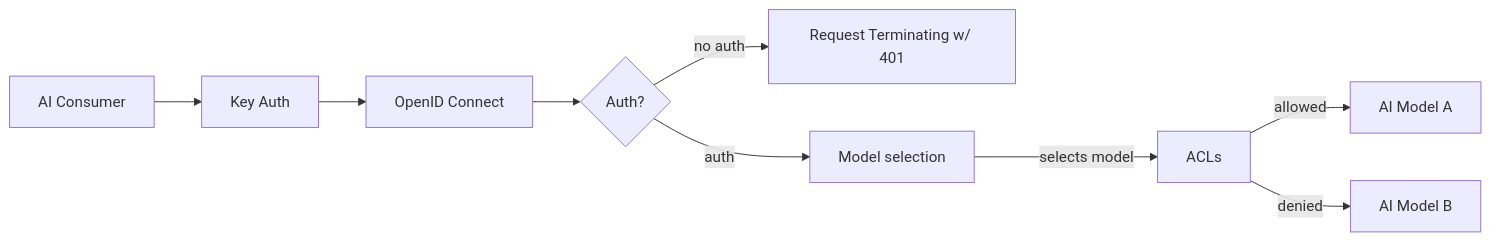
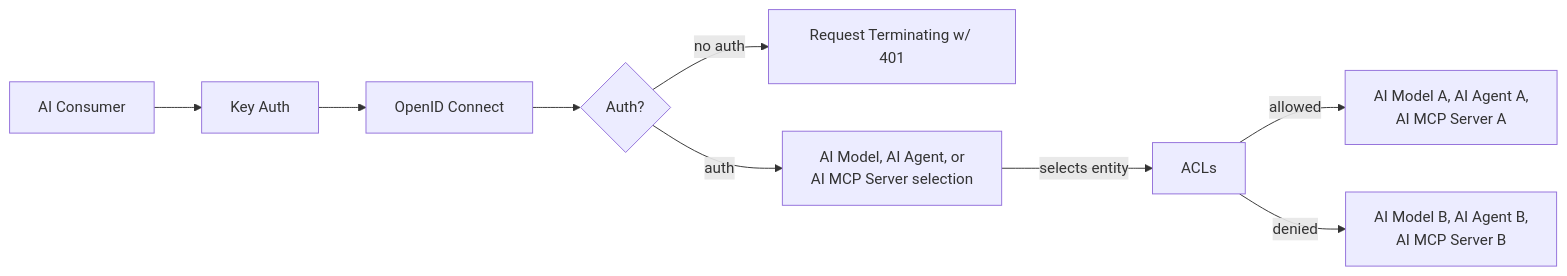
One commit to Kong/developer.konghq.com changed the diagram in app/_ai_gateway_entities/ai-identity-provider.md. Above: the diagram before and after it, drawn with Mermaid. The commit also changed other lines of this file and 6 other files, not shown here.

```diff
--- a/app/_ai_gateway_entities/ai-identity-provider.md
+++ b/app/_ai_gateway_entities/ai-identity-provider.md
@@ -92,21 +106,21 @@
 {% mermaid %}
 flowchart LR
     Client["AI Consumer"]
     KeyAuth["Key Auth"]
     OIDC["OpenID Connect"]
     Decision{Auth?}
     AnonErr["Request Terminating w/ 401"]
-    ModelSel["Model selection"]
+    Select["AI Model, AI Agent, or<br/>AI MCP Server selection"]
     ACLs["ACLs"]
-    Model1["AI Model A"]
-    Model2["AI Model B"]
+    Allowed["AI Model A, AI Agent A,<br/>AI MCP Server A"]
+    Denied["AI Model B, AI Agent B,<br/>AI MCP Server B"]
 
     Client-->KeyAuth
     KeyAuth-->OIDC
     OIDC-->Decision
     Decision-->|no auth|AnonErr
-    Decision-->|auth|ModelSel
-    ModelSel-->|selects model|ACLs
-    ACLs-->|allowed|Model1
-    ACLs-->|denied|Model2
+    Decision-->|auth|Select
+    Select-->|selects entity|ACLs
+    ACLs-->|allowed|Allowed
+    ACLs-->|denied|Denied
 {% endmermaid %}
```
